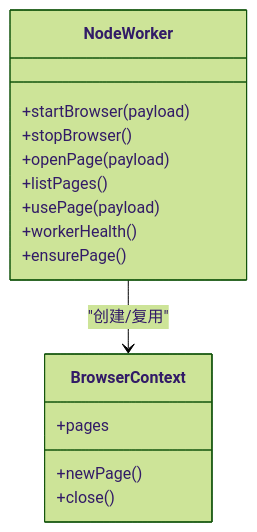
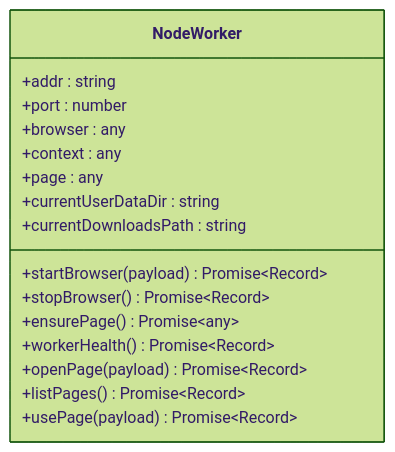
Before and after one commit to alvinwangzi/goodhr: the fourth of 6 diagrams in .qoder/repowiki/zh/content/本地执行器/浏览器自动化/Worker进程管理.md, drawn with Mermaid (forest theme). The commit also changed other lines of this file and 149 other files, not shown here.

````diff
--- a/.qoder/repowiki/zh/content/本地执行器/浏览器自动化/Worker进程管理.md
+++ b/.qoder/repowiki/zh/content/本地执行器/浏览器自动化/Worker进程管理.md
@@ -147,18 +163,19 @@
 ```mermaid
 classDiagram
 class NodeWorker {
-+startBrowser(payload)
-+stopBrowser()
-+openPage(payload)
-+listPages()
-+usePage(payload)
-+workerHealth()
-+ensurePage()
++addr : string
++port : number
++browser : any
++context : any
++page : any
++currentUserDataDir : string
++currentDownloadsPath : string
++startBrowser(payload) Promise~Record~
++stopBrowser() Promise~Record~
++ensurePage() Promise~any~
++workerHealth() Promise~Record~
++openPage(payload) Promise~Record~
++listPages() Promise~Record~
++usePage(payload) Promise~Record~
 }
-class BrowserContext {
-+pages
-+newPage()
-+close()
-}
-NodeWorker --> BrowserContext : "创建/复用"
 ```
````
